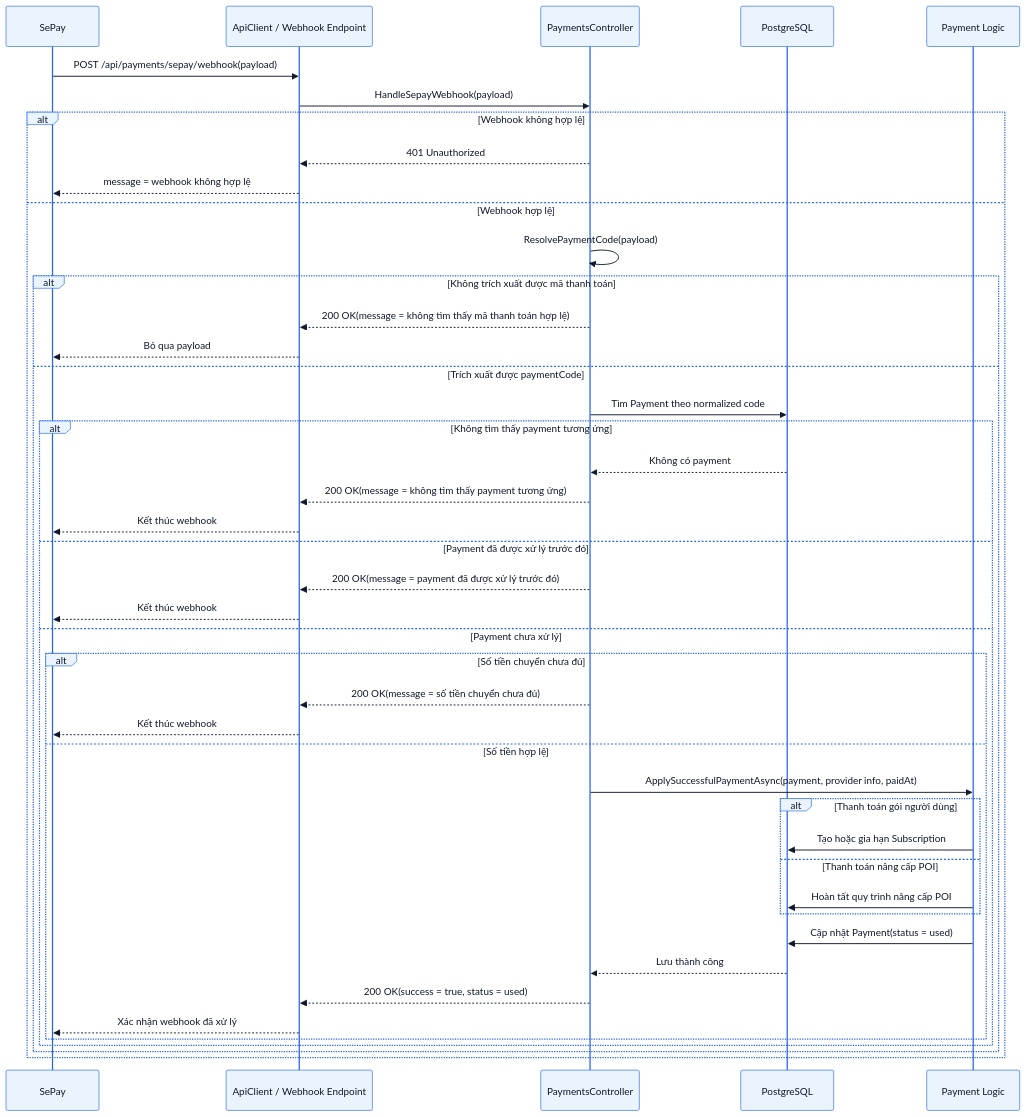
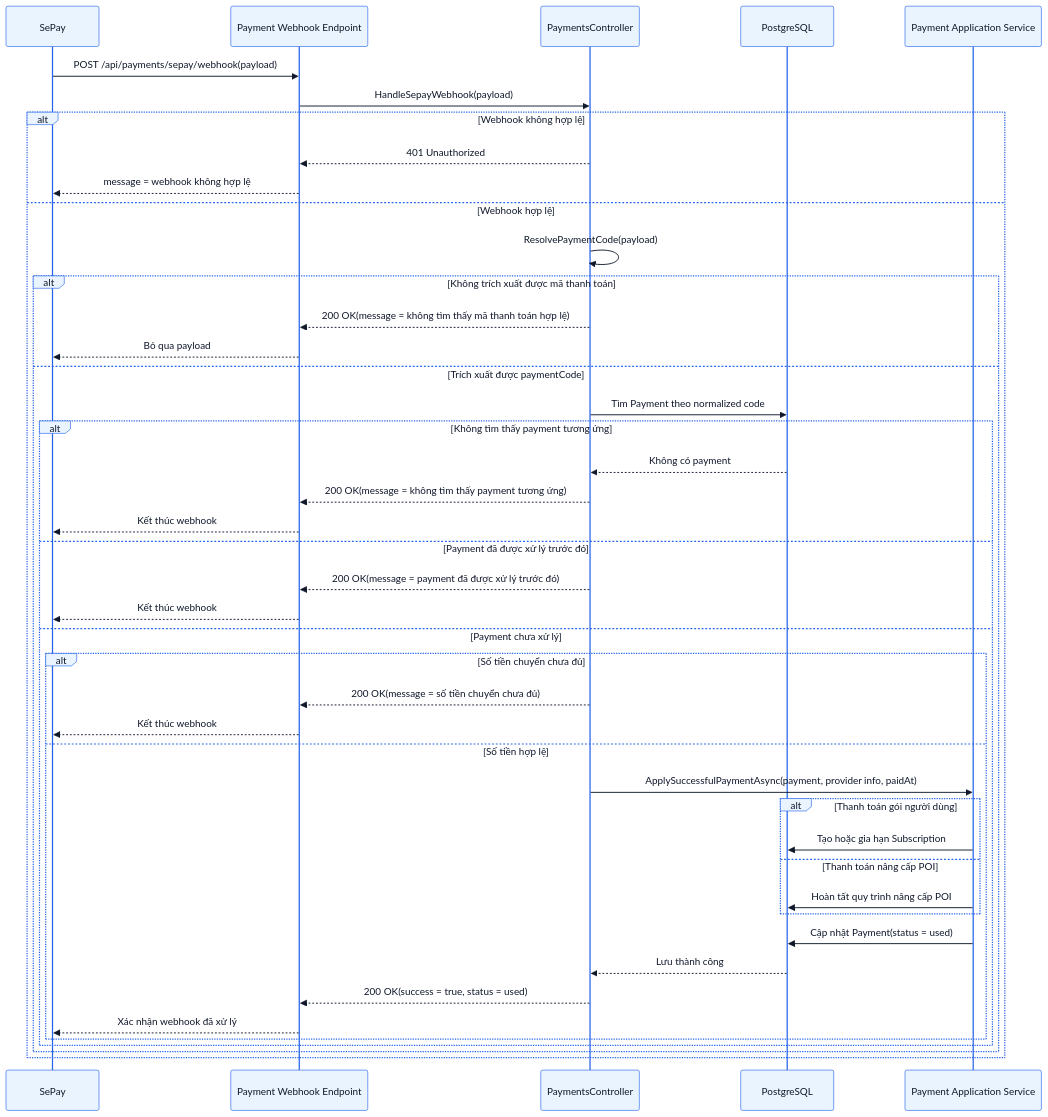
The ninth of 30 diagrams in docs/PRD.md (thaiquanghieu/smart-guide-system), drawn with Mermaid before and after one commit. The commit also changed other lines of this file and 1 other file, not shown here.

````diff
--- a/docs/PRD.md
+++ b/docs/PRD.md
@@ -836,67 +1226,67 @@
 ```mermaid
 %%{init: {
   "theme": "base",
   "themeVariables": {
     "primaryColor": "#EAF4FF",
     "primaryBorderColor": "#2563EB",
     "primaryTextColor": "#0F172A",
     "lineColor": "#2563EB",
     "secondaryColor": "#DBEAFE",
     "tertiaryColor": "#F8FBFF",
     "noteBkgColor": "#EFF6FF",
     "noteBorderColor": "#3B82F6",
     "activationBorderColor": "#2563EB",
     "activationBkgColor": "#DBEAFE",
     "sequenceNumberColor": "#0F172A"
   }
 }}%%
 sequenceDiagram
     participant Sepay as SePay
-    participant API as ApiClient / Webhook Endpoint
+    participant API as Payment Webhook Endpoint
     participant PaymentsCtl as PaymentsController
     participant DB as PostgreSQL
-    participant PaymentSvc as Payment Logic
+    participant PaymentSvc as Payment Application Service
 
     Sepay ->> API: POST /api/payments/sepay/webhook(payload)
     API ->> PaymentsCtl: HandleSepayWebhook(payload)
 
     alt Webhook không hợp lệ
         PaymentsCtl -->> API: 401 Unauthorized
         API -->> Sepay: message = webhook không hợp lệ
     else Webhook hợp lệ
         PaymentsCtl ->> PaymentsCtl: ResolvePaymentCode(payload)
         alt Không trích xuất được mã thanh toán
             PaymentsCtl -->> API: 200 OK(message = không tìm thấy mã thanh toán hợp lệ)
             API -->> Sepay: Bỏ qua payload
         else Trích xuất được paymentCode
             PaymentsCtl ->> DB: Tìm Payment theo normalized code
 
             alt Không tìm thấy payment tương ứng
                 DB -->> PaymentsCtl: Không có payment
                 PaymentsCtl -->> API: 200 OK(message = không tìm thấy payment tương ứng)
                 API -->> Sepay: Kết thúc webhook
             else Payment đã được xử lý trước đó
                 PaymentsCtl -->> API: 200 OK(message = payment đã được xử lý trước đó)
                 API -->> Sepay: Kết thúc webhook
             else Payment chưa xử lý
                 alt Số tiền chuyển chưa đủ
                     PaymentsCtl -->> API: 200 OK(message = số tiền chuyển chưa đủ)
                     API -->> Sepay: Kết thúc webhook
                 else Số tiền hợp lệ
                     PaymentsCtl ->> PaymentSvc: ApplySuccessfulPaymentAsync(payment, provider info, paidAt)
 
                     alt Thanh toán gói người dùng
                         PaymentSvc ->> DB: Tạo hoặc gia hạn Subscription
                     else Thanh toán nâng cấp POI
                         PaymentSvc ->> DB: Hoàn tất quy trình nâng cấp POI
                     end
 
                     PaymentSvc ->> DB: Cập nhật Payment(status = used)
                     DB -->> PaymentsCtl: Lưu thành công
                     PaymentsCtl -->> API: 200 OK(success = true, status = used)
                     API -->> Sepay: Xác nhận webhook đã xử lý
                 end
             end
         end
     end
 ```
````
